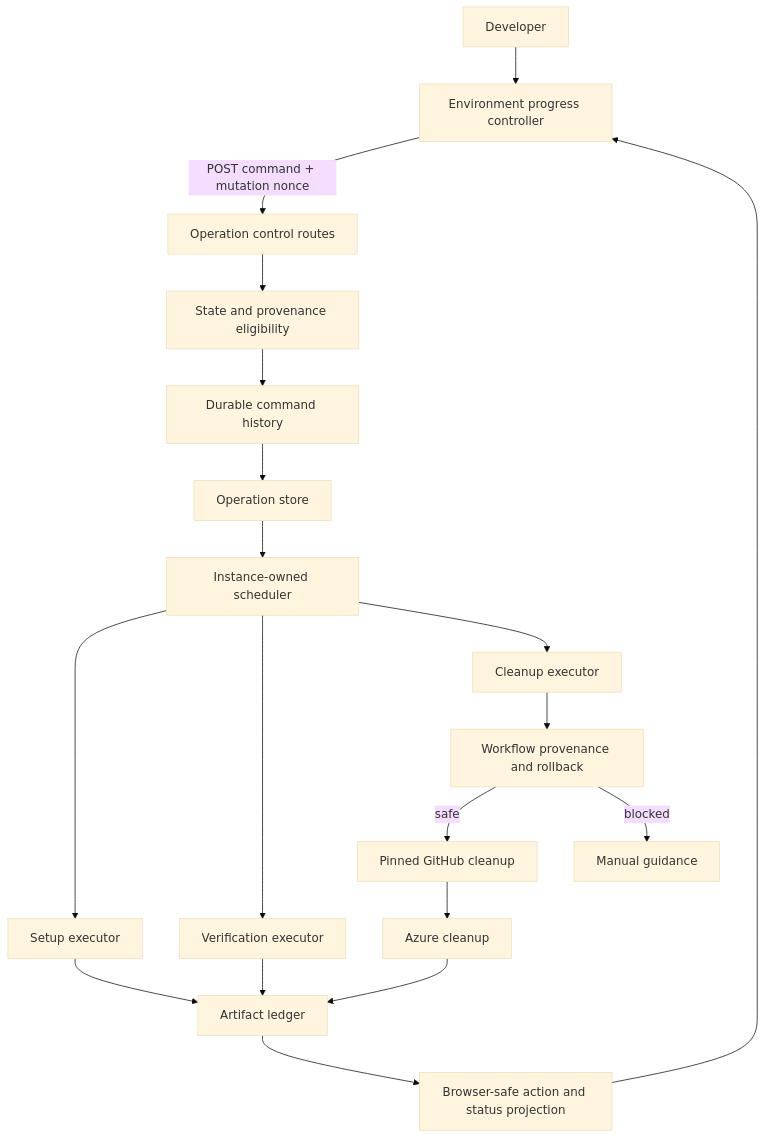
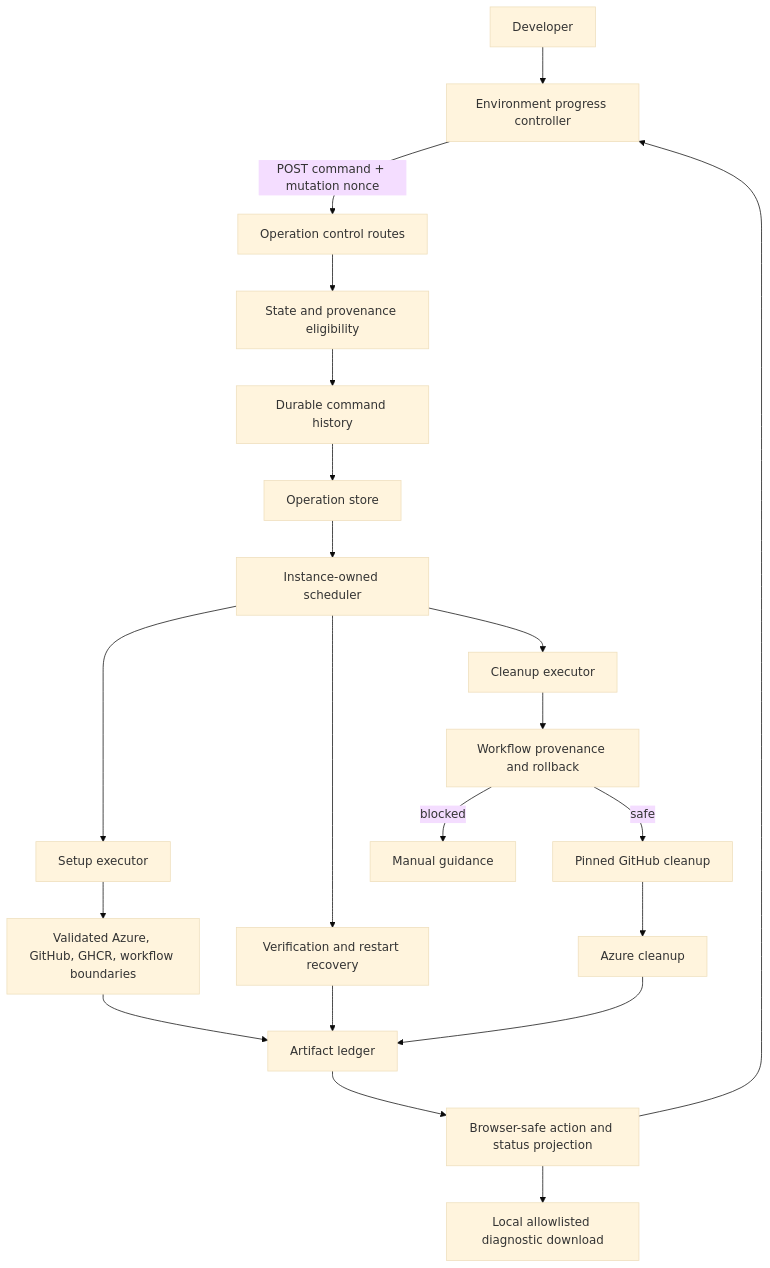
One commit to radius-project/ai-extensions changed the diagram in docs/design/2026-08-environment-operation-controls.md. Above: the diagram before and after it, drawn with Mermaid (base theme). The commit also changed other lines of this file, not shown here.

````diff
--- a/docs/design/2026-08-environment-operation-controls.md
+++ b/docs/design/2026-08-environment-operation-controls.md
@@ -187,21 +203,23 @@
 ```mermaid
 flowchart TD
     User["Developer"] --> Browser["Environment progress controller"]
     Browser -->|"POST command + mutation nonce"| Routes["Operation control routes"]
     Routes --> Eligibility["State and provenance eligibility"]
     Eligibility --> Commands["Durable command history"]
     Commands --> Store["Operation store"]
     Store --> Scheduler["Instance-owned scheduler"]
     Scheduler --> Setup["Setup executor"]
-    Scheduler --> Verify["Verification executor"]
+    Scheduler --> Verify["Verification and restart recovery"]
     Scheduler --> Cleanup["Cleanup executor"]
-    Setup --> Ledger["Artifact ledger"]
+    Setup --> Boundaries["Validated Azure, GitHub, GHCR, workflow boundaries"]
+    Boundaries --> Ledger["Artifact ledger"]
     Verify --> Ledger
     Cleanup --> WorkflowGate["Workflow provenance and rollback"]
     WorkflowGate -->|"safe"| GitHubCleanup["Pinned GitHub cleanup"]
     WorkflowGate -->|"blocked"| Manual["Manual guidance"]
     GitHubCleanup --> AzureCleanup["Azure cleanup"]
     AzureCleanup --> Ledger
     Ledger --> Projection["Browser-safe action and status projection"]
     Projection --> Browser
+    Projection --> Diagnostics["Local allowlisted diagnostic download"]
 ```
````
